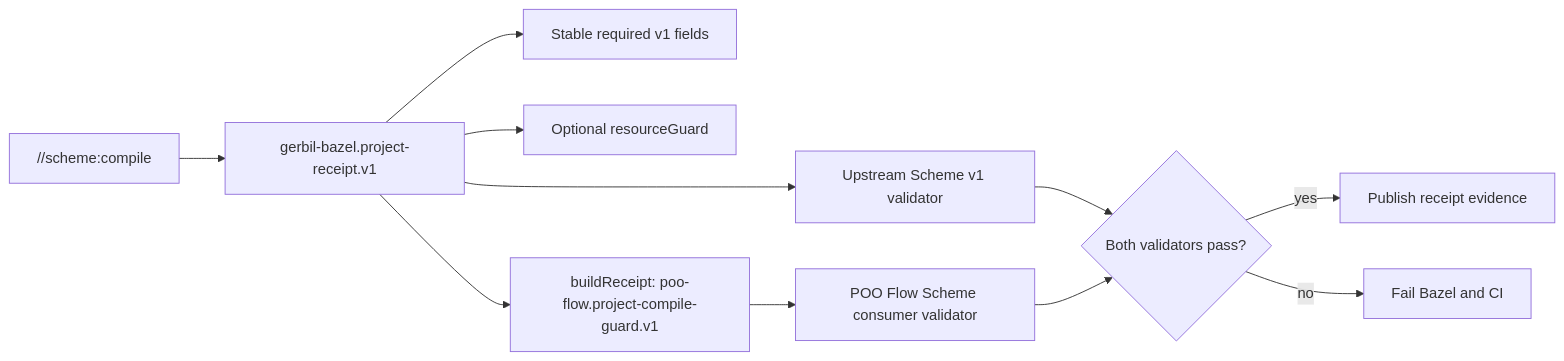
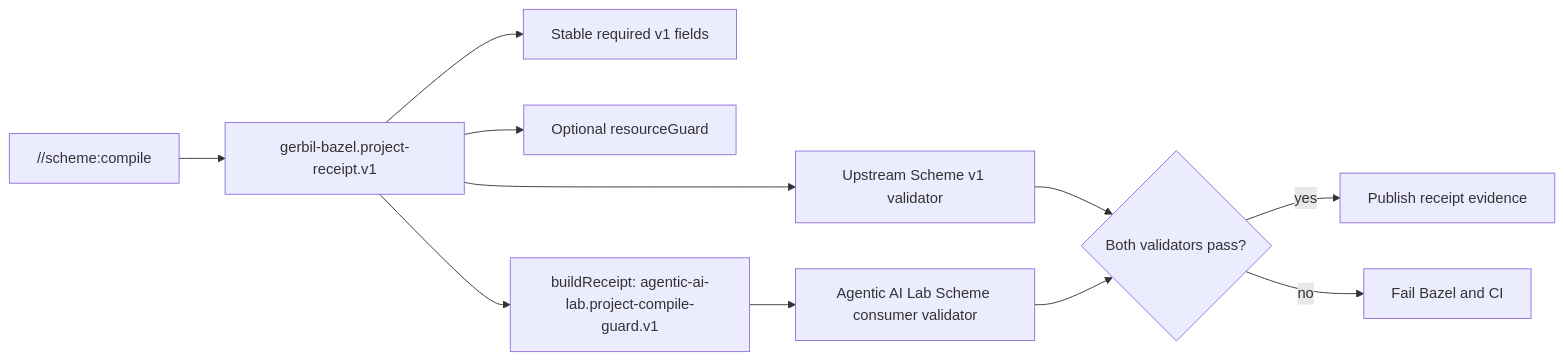
Before and after one commit to tao3k/gebril-yuanxu: the second of 2 diagrams in module-system/design/147-adaptive-scheme-build-guard/14-historical-project-receipt-v1/00-v1-boundary.org, drawn with Mermaid. The commit also changed other lines of this file and 507 other files, not shown here.

```diff
--- a/module-system/design/147-adaptive-scheme-build-guard/14-historical-project-receipt-v1/00-v1-boundary.org
+++ b/module-system/design/147-adaptive-scheme-build-guard/14-historical-project-receipt-v1/00-v1-boundary.org
@@ -77,13 +77,13 @@
 #+begin_src mermaid
 flowchart LR
   Compile["//scheme:compile"] --> Outer["gerbil-bazel.project-receipt.v1"]
   Outer --> Core["Stable required v1 fields"]
   Outer --> Guard["Optional resourceGuard"]
-  Outer --> Build["buildReceipt: poo-flow.project-compile-guard.v1"]
+  Outer --> Build["buildReceipt: agentic-ai-lab.project-compile-guard.v1"]
   Outer --> Generic["Upstream Scheme v1 validator"]
-  Build --> Consumer["POO Flow Scheme consumer validator"]
+  Build --> Consumer["Agentic AI Lab Scheme consumer validator"]
   Generic --> Gate{"Both validators pass?"}
   Consumer --> Gate
   Gate -->|"yes"| Publish["Publish receipt evidence"]
   Gate -->|"no"| Block["Fail Bazel and CI"]
 #+end_src
```
